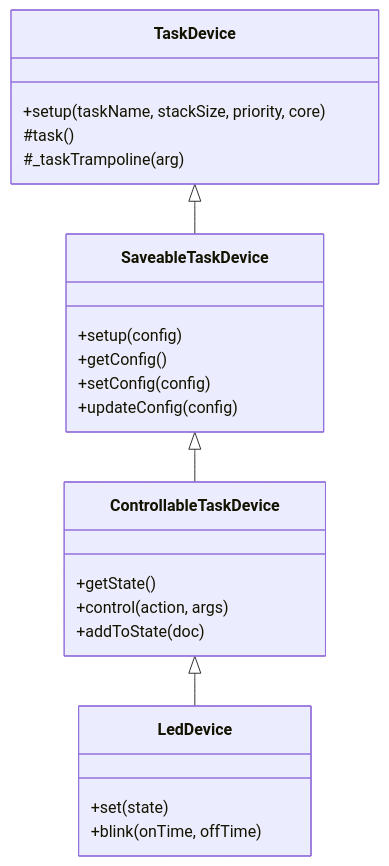
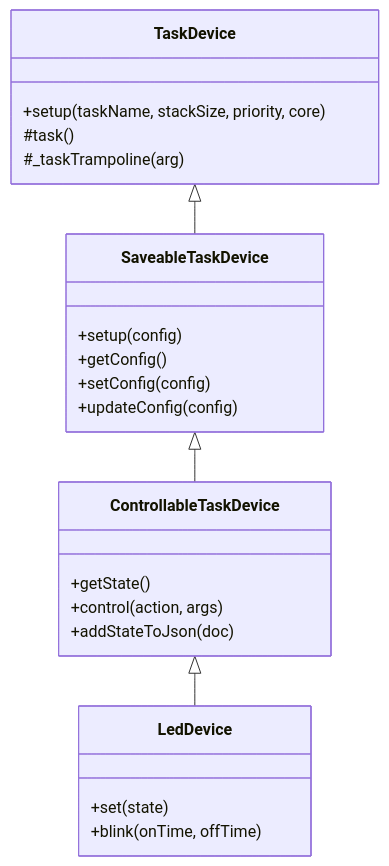
Before and after one commit to jovdb/marble-track: the diagram in esp32_ws/task-device.md, drawn with Mermaid. The commit also changed other lines of this file and 4 other files, not shown here.

````diff
--- a/esp32_ws/task-device.md
+++ b/esp32_ws/task-device.md
@@ -5,30 +5,30 @@
 ```mermaid
 classDiagram
     class TaskDevice {
         +setup(taskName, stackSize, priority, core)
         #task()
         #_taskTrampoline(arg)
     }
 
     class ControllableTaskDevice {
         +getState()
         +control(action, args)
-        +addToState(doc)
+        +addStateToJson(doc)
     }
 
     class SaveableTaskDevice {
         +setup(config)
         +getConfig()
         +setConfig(config)
         +updateConfig(config)
     }
     
     class LedDevice {
         +set(state)
         +blink(onTime, offTime)
     }
 
     TaskDevice <|-- SaveableTaskDevice
     SaveableTaskDevice <|-- ControllableTaskDevice
     ControllableTaskDevice <|-- LedDevice
 ```
````
